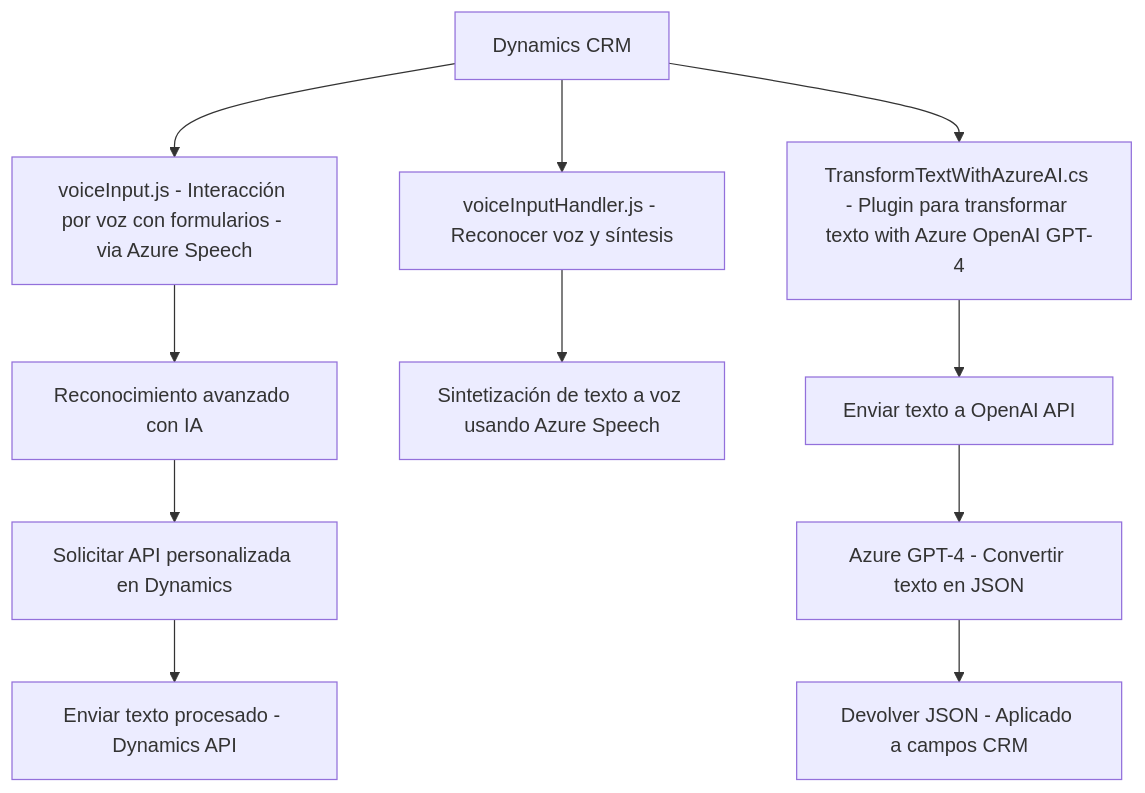
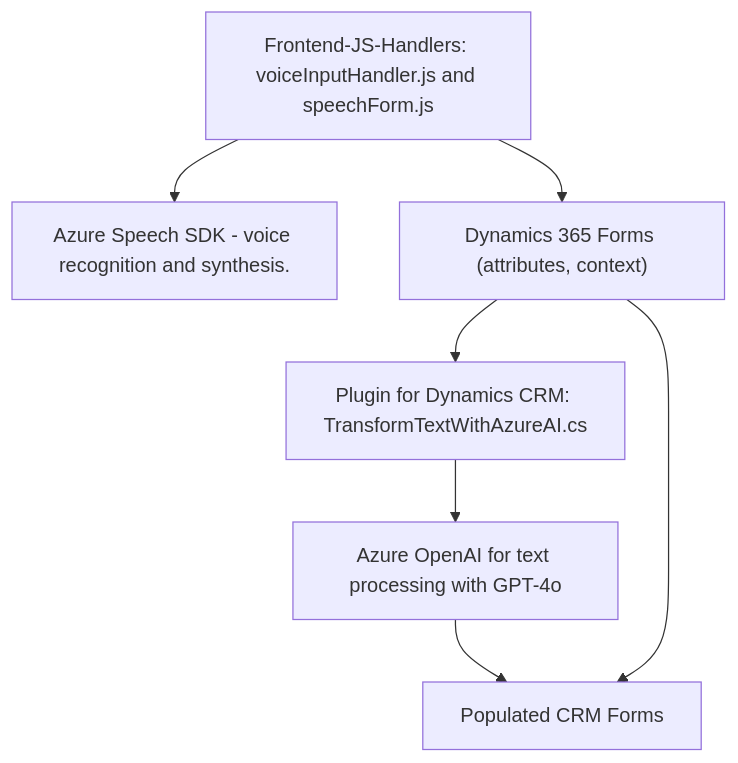
Before and after one commit to blopezdm/NETCORE_BILBAO2025: the diagram in README.md, drawn with Mermaid. The commit also changed other lines of this file, not shown here.

Commit message:
Actualizar análisis global de la solución con IA

````diff
--- a/README.md
+++ b/README.md
@@ -52,13 +57,17 @@
 ```mermaid
 graph TD
-    A["Dynamics CRM"] --> B["voiceInputHandler.js - Reconocer voz y síntesis"]
-    A --> C["voiceInput.js - Interacción por voz con formularios - via Azure Speech"]
-    A --> D["TransformTextWithAzureAI.cs - Plugin para transformar texto with Azure OpenAI GPT-4"]
-    C --> E["Reconocimiento avanzado con IA"]
-    E --> F["Solicitar API personalizada en Dynamics"]
-    F --> G["Enviar texto procesado - Dynamics API"]
-    B --> H["Sintetización de texto a voz usando Azure Speech"]
-    D --> I["Enviar texto a OpenAI API"]
-    I --> J["Azure GPT-4 - Convertir texto en JSON"]
-    J --> K["Devolver JSON - Aplicado a campos CRM"]
+
+Frontend-Components --> Azure-Speech-SDK
+Frontend-Components --> Dynamics-Form-Data
+Dynamics-Form-Data --> Backend-Plugin
+Backend-Plugin --> Azure-OpenAI-API
+Azure-OpenAI-API --> Processed-Results
+Dynamics-Form-Data --> Processed-Results
+
+Frontend-Components["Frontend-JS-Handlers: voiceInputHandler.js and speechForm.js"]
+Azure-Speech-SDK["Azure Speech SDK - voice recognition and synthesis."]
+Dynamics-Form-Data["Dynamics 365 Forms (attributes, context)"]
+Backend-Plugin["Plugin for Dynamics CRM: TransformTextWithAzureAI.cs"]
+Azure-OpenAI-API["Azure OpenAI for text processing with GPT-4o"]
+Processed-Results["Populated CRM Forms"]
 ```
````
